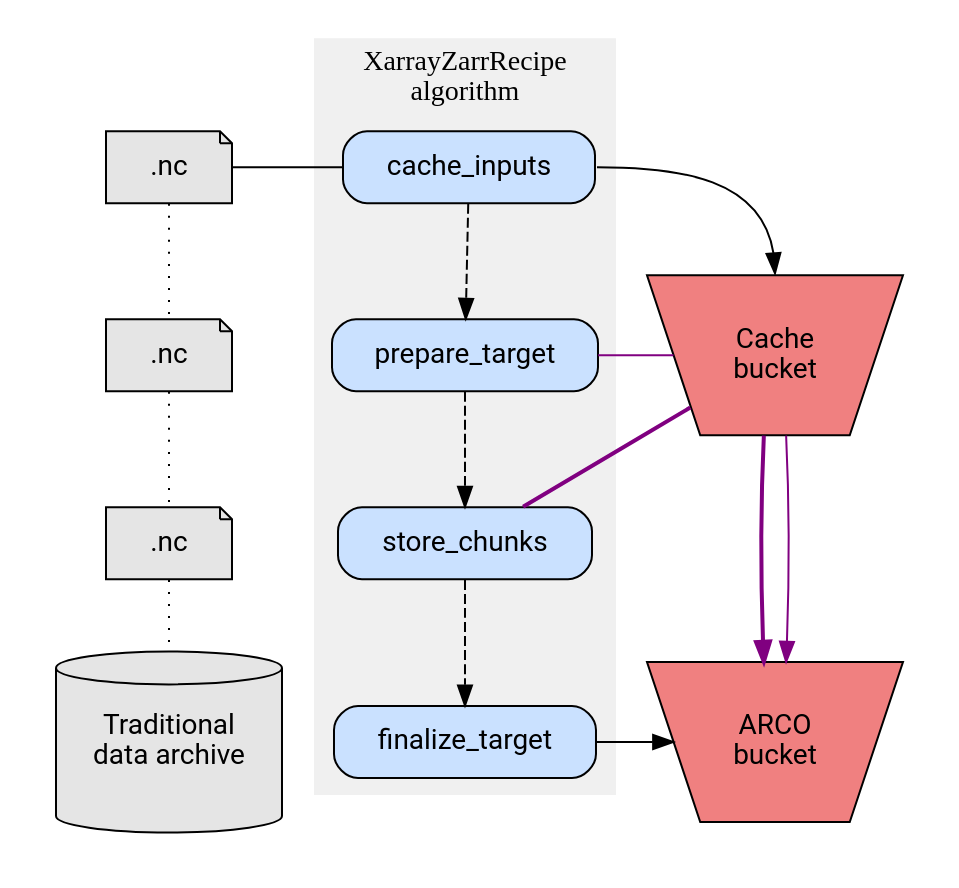
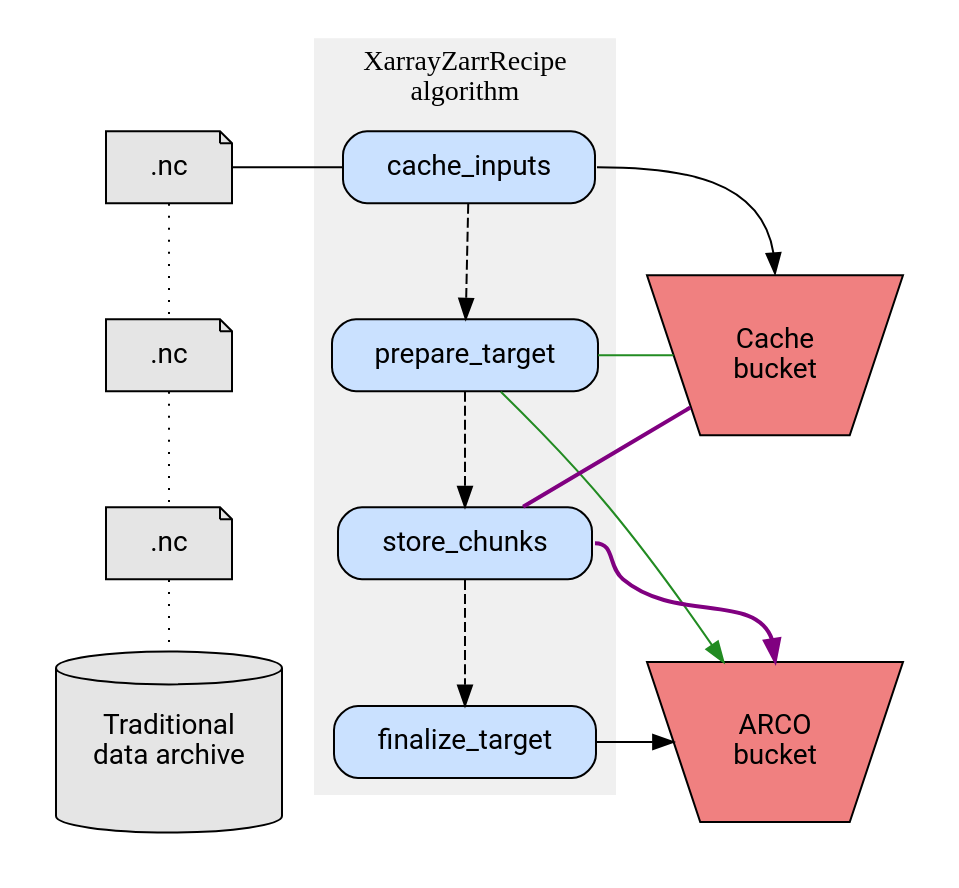
Before and after one commit to pangeo-forge/flow-charts: the diagram in xarrayzarr.gv, drawn with Graphviz. The commit also changed 1 other file, not shown here.

Commit message:
change routing of xarrayzarr flow chart

```diff
--- a/xarrayzarr.gv
+++ b/xarrayzarr.gv
@@ -1,50 +1,50 @@
 digraph recipes {    
 	node [style="filled, rounded", shape=box, fontname="Roboto", margin="0.3,0"];
 	newrank=true;
 
 	subgraph cluster_sources {
 		node [style=filled, fillcolor=grey90];
 		label = "";
 		color=white;
 		f0, f1, f2 [shape=note, label=".nc"]
 		f3 [shape=cylinder, label="Traditional\ndata archive", margin="0.25"]
 		f0 -> f1 -> f2 -> f3 [arrowhead=none, style=dotted];
 		
 	};
 
 	
 	subgraph cluster_algorithm {
 		node [style="filled, rounded", fillcolor=lightsteelblue1];
 		label = "XarrayZarrRecipe\nalgorithm";
 		style=filled;
 		color=grey94;
 
 		cache_inputs -> prepare_target [style=dashed];
 		prepare_target -> store_chunks [style=dashed];
 		store_chunks -> finalize_target [style=dashed];
 
 	};
 
     subgraph cluster_buckets {
 		node [style=filled, margin="0.15,0.075", fillcolor=lightcoral, shape=invtrapezium];
 		label = "";
 		style=filled;
 		color=white;
 		
 		cache_bucket [label="Cache\nbucket"];
 		arco_bucket [label="ARCO\nbucket"];
 
 	};
 
 	f0 -> cache_inputs [arrowhead=none, constraint=false];
 
 
 	cache_inputs:e -> cache_bucket:n;
-	prepare_target -> cache_bucket [arrowhead=none, color=purple, constraint=false];
+	cache_bucket -> prepare_target [arrowhead=none, color=forestgreen, constraint=false];
+	prepare_target -> arco_bucket [color=forestgreen];
 	store_chunks -> cache_bucket [arrowhead=none, color=purple, style=bold, constraint=false];
-	cache_bucket -> arco_bucket [color=purple, style=bold];
-	cache_bucket -> arco_bucket [color=purple];
+	store_chunks:e -> arco_bucket:n [color=purple, style=bold];
 	finalize_target -> arco_bucket [constraint=false]
 	{rank=same; finalize_target; arco_bucket}
 	{rank=same; prepare_target; cache_bucket}
 }
```
